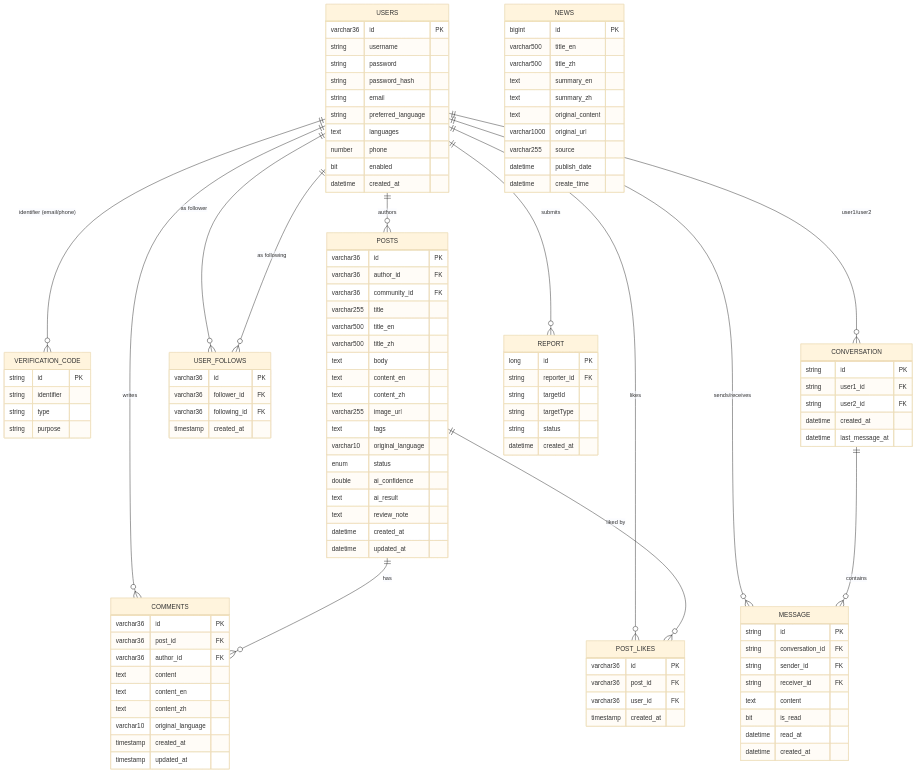
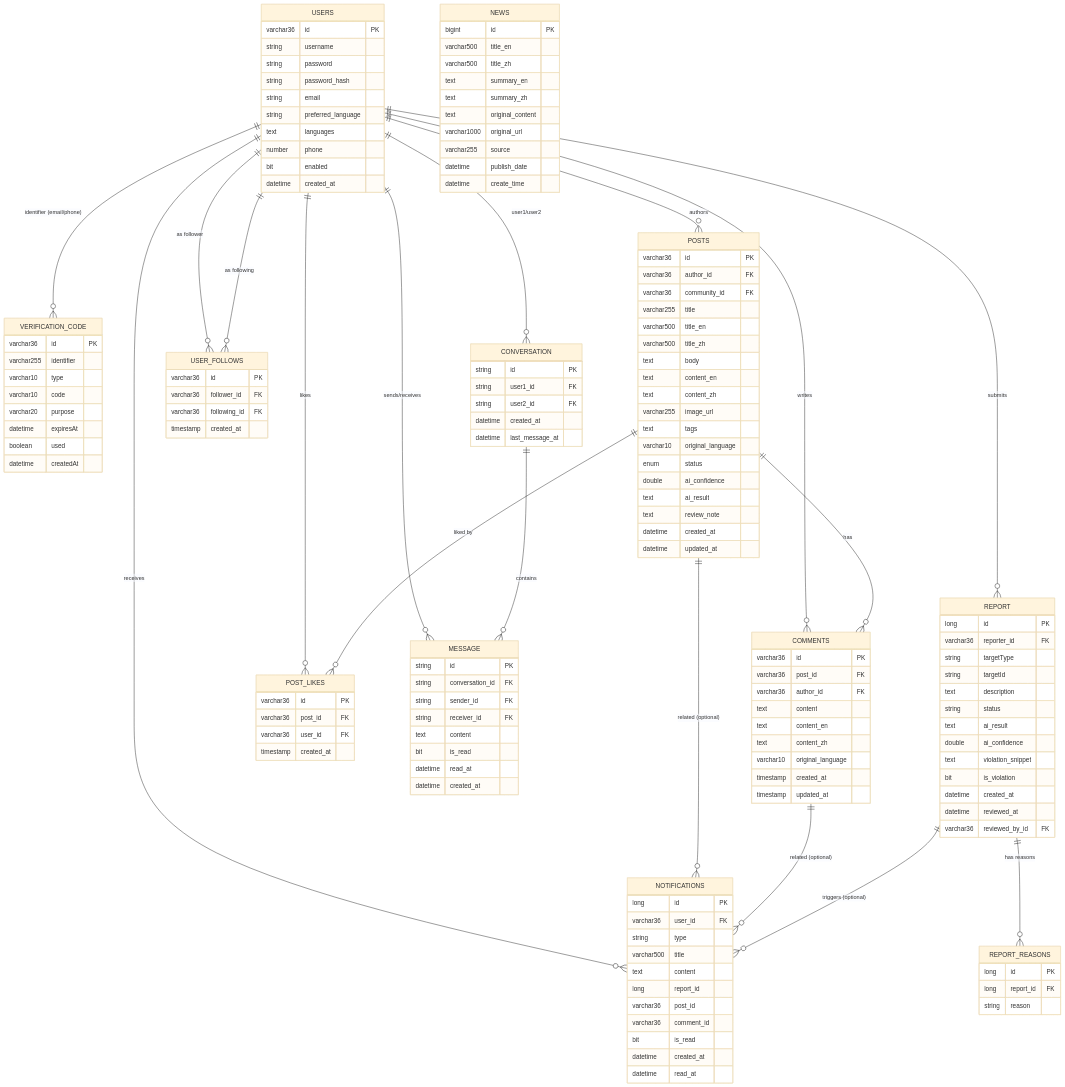
One commit to pzyllll/BridgeU changed the fifth of 5 diagrams in springboot-backend/BridgeU-SDDv.2.md. Above: the diagram before and after it, drawn with Mermaid (base theme). The commit also changed other lines of this file and 93 other files, not shown here.

````diff
--- a/springboot-backend/BridgeU-SDDv.2.md
+++ b/springboot-backend/BridgeU-SDDv.2.md
@@ -306,10 +311,14 @@
     }
 
     VERIFICATION_CODE {
-        string id PK
-        string identifier
-        string type
-        string purpose
+        varchar36 id PK
+        varchar255 identifier
+        varchar10 type
+        varchar10 code
+        varchar20 purpose
+        datetime expiresAt
+        boolean used
+        datetime createdAt
     }
 
     POSTS {
@@ -380,11 +389,38 @@
 
     REPORT {
         long id PK
-        string reporter_id FK
+        varchar36 reporter_id FK
+        string targetType
         string targetId
-        string targetType
+        text description
         string status
+        text ai_result
+        double ai_confidence
+        text violation_snippet
+        bit is_violation
         datetime created_at
+        datetime reviewed_at
+        varchar36 reviewed_by_id FK
+    }
+
+    REPORT_REASONS {
+        long id PK
+        long report_id FK
+        string reason
+    }
+
+    NOTIFICATIONS {
+        long id PK
+        varchar36 user_id FK
+        string type
+        varchar500 title
+        text content
+        long report_id
+        varchar36 post_id
+        varchar36 comment_id
+        bit is_read
+        datetime created_at
+        datetime read_at
     }
 
     NEWS {
@@ -410,9 +446,16 @@
     USERS ||--o{ CONVERSATION : "user1/user2"
     USERS ||--o{ MESSAGE : "sends/receives"
     USERS ||--o{ VERIFICATION_CODE : "identifier (email/phone)"
+    USERS ||--o{ NOTIFICATIONS : "receives"
 
     POSTS ||--o{ COMMENTS : "has"
     POSTS ||--o{ POST_LIKES : "liked by"
+    POSTS ||--o{ NOTIFICATIONS : "related (optional)"
+
+    COMMENTS ||--o{ NOTIFICATIONS : "related (optional)"
+
+    REPORT ||--o{ REPORT_REASONS : "has reasons"
+    REPORT ||--o{ NOTIFICATIONS : "triggers (optional)"
 
     CONVERSATION ||--o{ MESSAGE : "contains"
 ```
````
